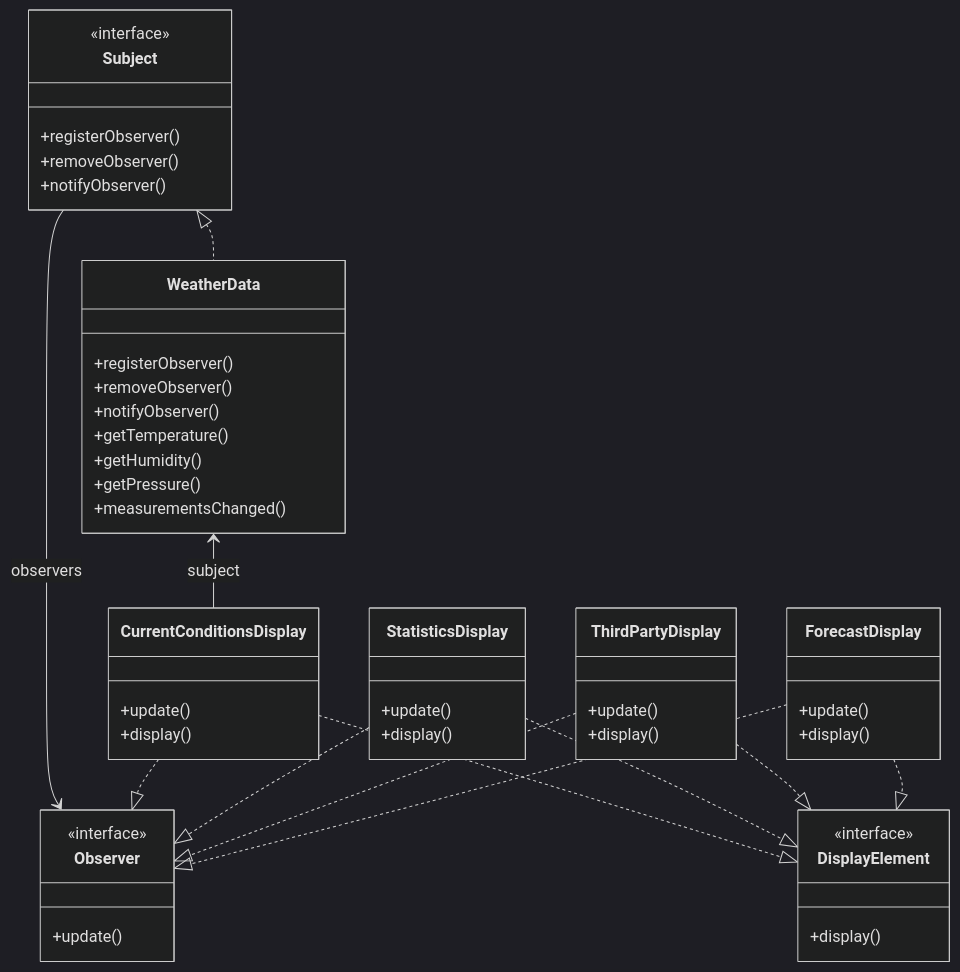
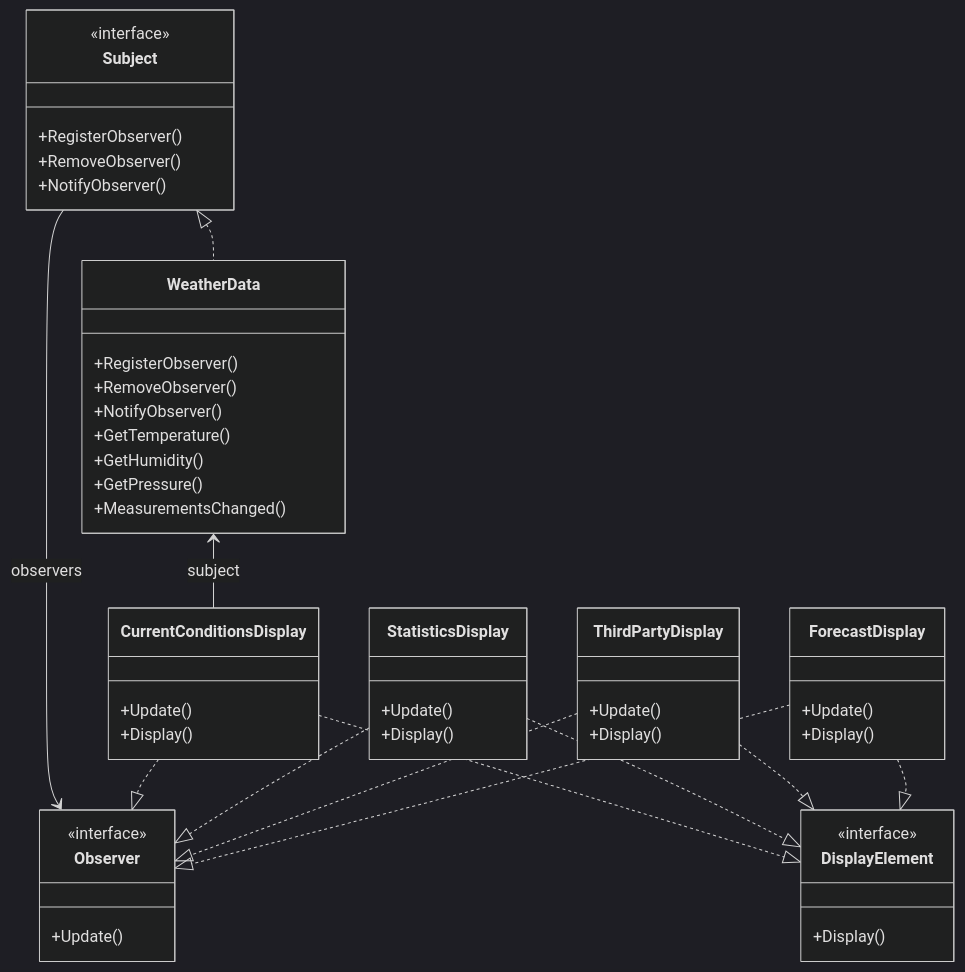
One commit to rstliz/go_design_pattern changed the diagram in observer/docs/class.md. Above: the diagram before and after it, drawn with Mermaid (dark theme). The commit also changed 10 other files, not shown here.

````diff
--- a/observer/docs/class.md
+++ b/observer/docs/class.md
@@ -1,69 +1,69 @@
 ```mermaid
 classDiagram
 
 class Subject {
   <<interface>>
-  +registerObserver()
-  +removeObserver()
-  +notifyObserver()
+  +RegisterObserver()
+  +RemoveObserver()
+  +NotifyObserver()
 }
 
 class Observer {
   <<interface>>
-  +update()
+  +Update()
 }
 
 class DisplayElement {
   <<interface>>
-  +display()
+  +Display()
 }
 
 class WeatherData {
-  +registerObserver()
-  +removeObserver()
-  +notifyObserver()
+  +RegisterObserver()
+  +RemoveObserver()
+  +NotifyObserver()
 
-  +getTemperature()
-  +getHumidity()
-  +getPressure()
-  +measurementsChanged()
+  +GetTemperature()
+  +GetHumidity()
+  +GetPressure()
+  +MeasurementsChanged()
 }
 
 class CurrentConditionsDisplay {
-  +update()
-  +display()
+  +Update()
+  +Display()
 }
 
 class StatisticsDisplay {
-  +update()
-  +display()
+  +Update()
+  +Display()
 }
 
 class ThirdPartyDisplay {
-  +update()
-  +display()
+  +Update()
+  +Display()
 }
 
 class ForecastDisplay {
-  +update()
-  +display()
+  +Update()
+  +Display()
 }
 
 
 Subject --> Observer : observers
 Subject <|.. WeatherData
 WeatherData <-- CurrentConditionsDisplay : subject
 
 CurrentConditionsDisplay ..|> DisplayElement
 CurrentConditionsDisplay ..|> Observer
 
 StatisticsDisplay ..|> DisplayElement
 StatisticsDisplay ..|> Observer
 
 ThirdPartyDisplay ..|> DisplayElement
 ThirdPartyDisplay ..|> Observer
 
 ForecastDisplay ..|> DisplayElement
 ForecastDisplay ..|> Observer
 
 ```
````
